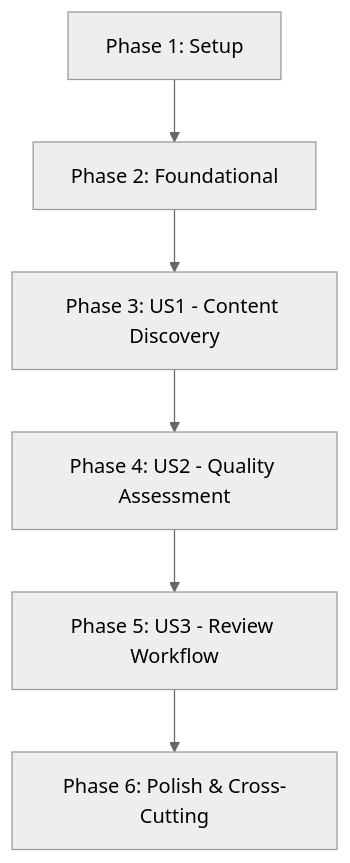
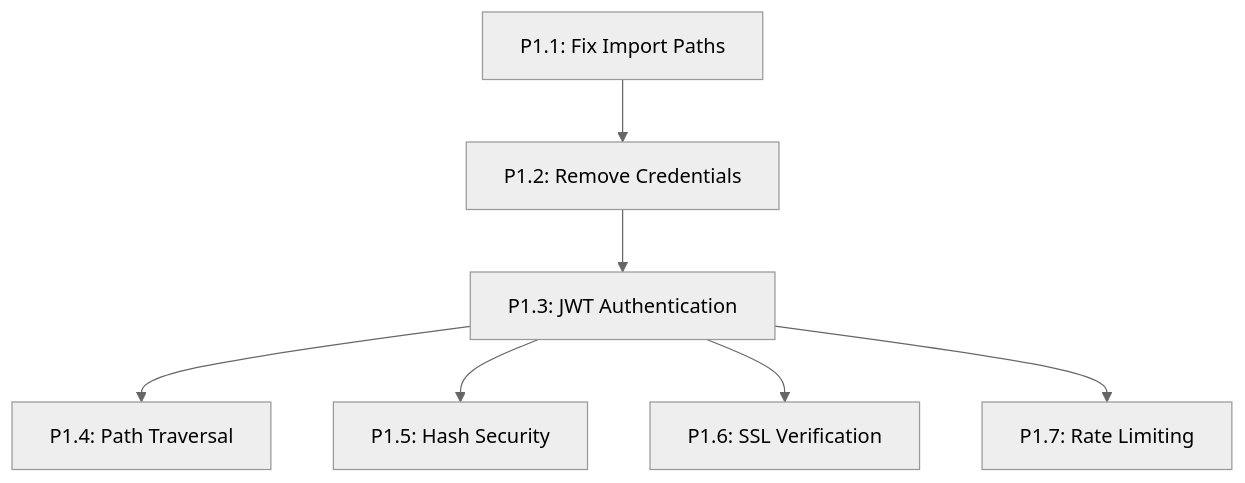
Before and after one commit to mdlmarkham/BrainForge: the diagram in specs/master/tasks.md, drawn with Mermaid (neutral theme). The commit also changed other lines of this file and 63 other files, not shown here.

````diff
--- a/specs/master/tasks.md
+++ b/specs/master/tasks.md
@@ -10,8 +19,9 @@
 ```mermaid
 graph TD
-    Setup[Phase 1: Setup] --> Foundational[Phase 2: Foundational]
-    Foundational --> US1[Phase 3: US1 - Content Discovery]
-    US1 --> US2[Phase 4: US2 - Quality Assessment]
-    US2 --> US3[Phase 5: US3 - Review Workflow]
-    US3 --> Polish[Phase 6: Polish & Cross-Cutting]
+    P1.1[P1.1: Fix Import Paths] --> P1.2[P1.2: Remove Credentials]
+    P1.2 --> P1.3[P1.3: JWT Authentication]
+    P1.3 --> P1.4[P1.4: Path Traversal]
+    P1.3 --> P1.5[P1.5: Hash Security]
+    P1.3 --> P1.6[P1.6: SSL Verification]
+    P1.3 --> P1.7[P1.7: Rate Limiting]
 ```
````
